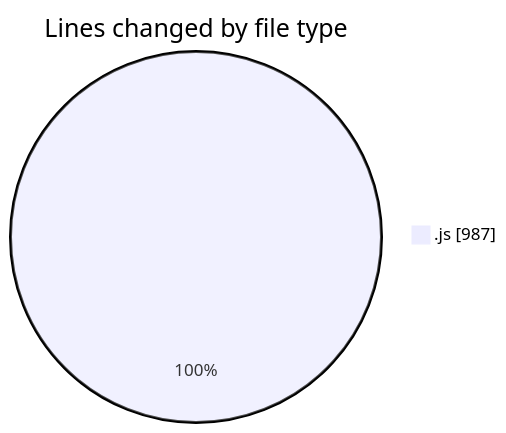
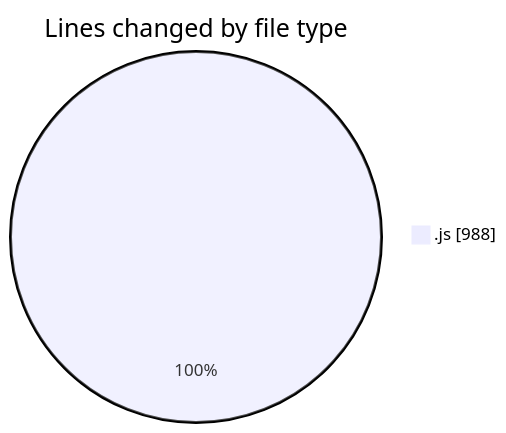
One commit to nxtqubesakshisongat/code-tracking changed the first of 2 diagrams in 2025-11-02/nxtqube_webapp/README.md. Above: the diagram before and after it, drawn with Mermaid. The commit also changed other lines of this file and 1 other file, not shown here.

````diff
--- a/2025-11-02/nxtqube_webapp/README.md
+++ b/2025-11-02/nxtqube_webapp/README.md
@@ -23,5 +23,5 @@
 ```mermaid
 pie showData
 title Lines changed by file type
-".js" : 987
+".js" : 988
 ```
````
